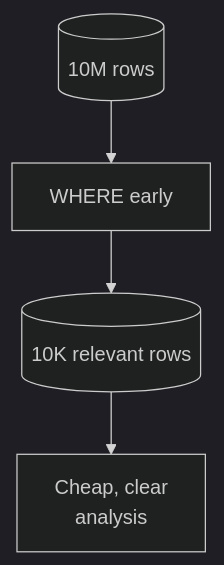
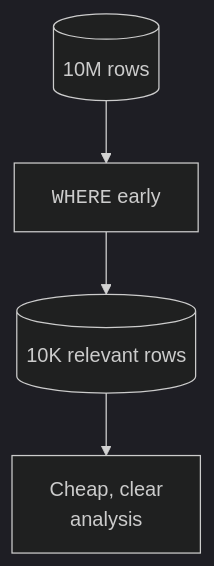
One commit to dataslope/dataslope changed the second of 2 diagrams in content/courses/sql-analytics-duckdb/filtering-and-slicing.mdx. Above: the diagram before and after it, drawn with Mermaid (dark theme). The commit also changed other lines of this file and 283 other files, not shown here.

First line of the commit message:
Diagrams as elements, not characters: fix the box model, sweep the corpus, and make syntax breakdowns a convention (#652)

````diff
--- a/content/courses/sql-analytics-duckdb/filtering-and-slicing.mdx
+++ b/content/courses/sql-analytics-duckdb/filtering-and-slicing.mdx
@@ -249,6 +271,6 @@
 ```mermaid
 flowchart TD
-    Big[("10M rows")] --> W["WHERE early"]
+    Big[("10M rows")] --> W["<code>WHERE</code> early"]
     W --> Small[("10K relevant rows")]
     Small --> Cheap["Cheap, clear<br/>analysis"]
 ```
````
